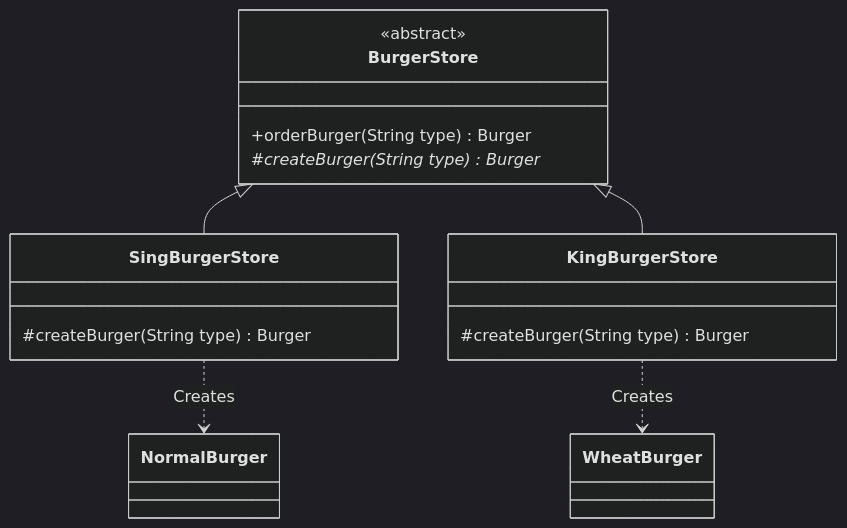
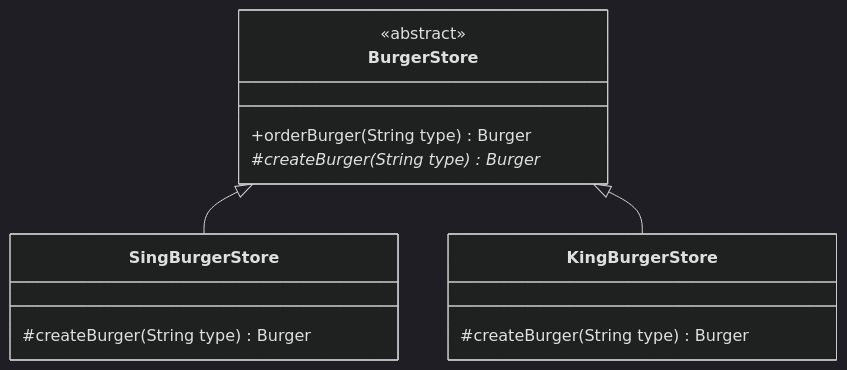
The first of 2 diagrams in 04-OOPs-and-Design-Patterns/03-Design-Patterns/09-Factory-Design-Pattern.md (rohithgowda18/Notes), drawn with Mermaid (dark theme) before and after one commit. The commit also changed other lines of this file and 17 other files, not shown here.

````diff
--- a/04-OOPs-and-Design-Patterns/03-Design-Patterns/09-Factory-Design-Pattern.md
+++ b/04-OOPs-and-Design-Patterns/03-Design-Patterns/09-Factory-Design-Pattern.md
@@ -160,21 +62,17 @@
 ```mermaid
 classDiagram
     class BurgerStore {
         <<abstract>>
         +orderBurger(String type) Burger
         #createBurger(String type)* Burger
     }
-
     class SingBurgerStore {
         #createBurger(String type) Burger
     }
-
     class KingBurgerStore {
         #createBurger(String type) Burger
     }
 
     BurgerStore <|-- SingBurgerStore
     BurgerStore <|-- KingBurgerStore
-    SingBurgerStore ..> NormalBurger : Creates
-    KingBurgerStore ..> WheatBurger : Creates
 ```
````
